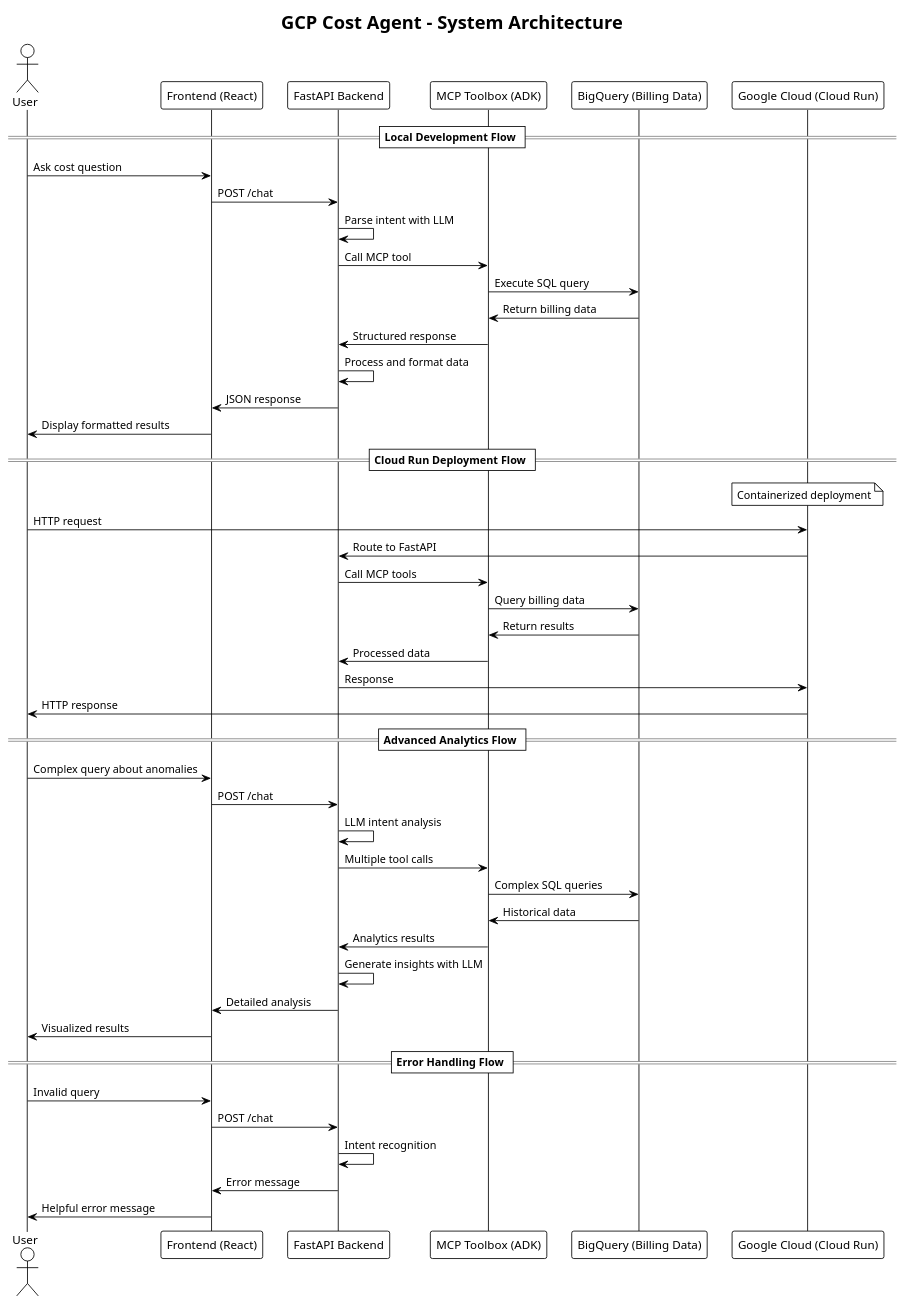
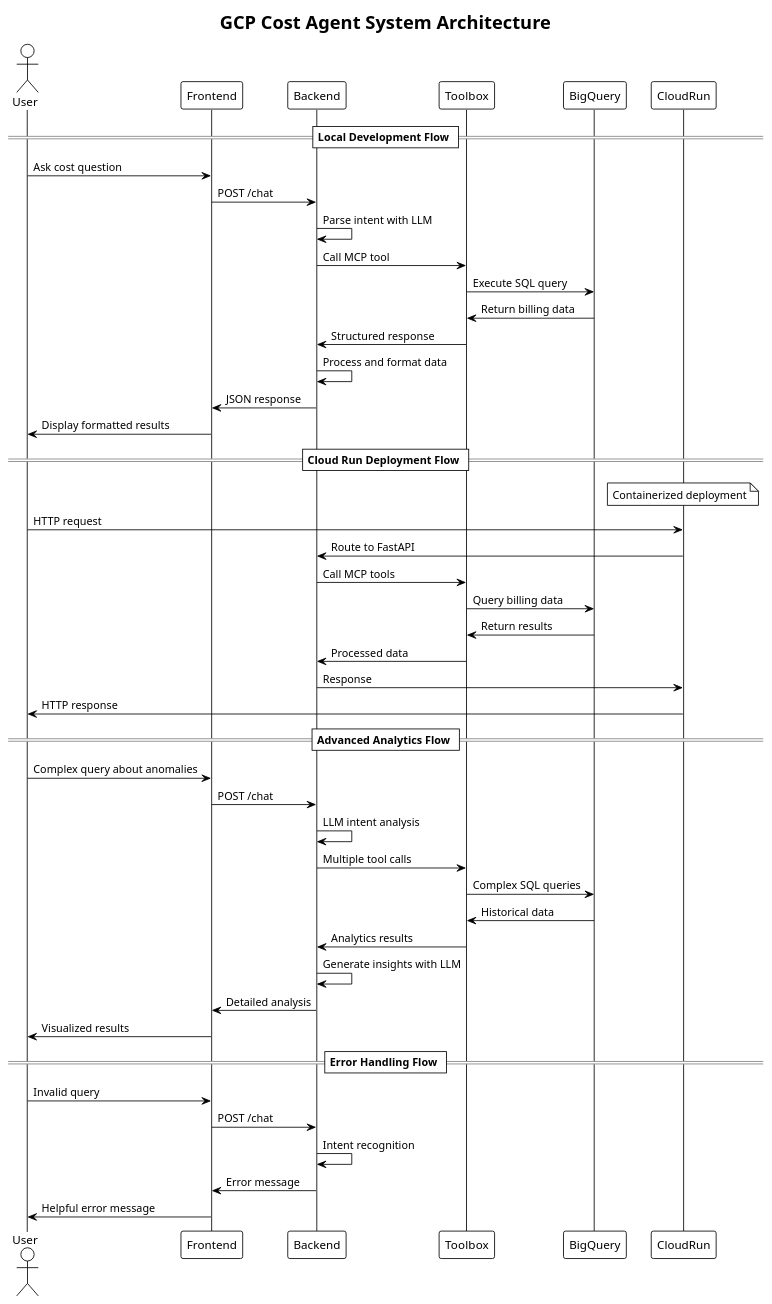
Before and after one commit to kirill-demidov/gcp-cost-agent: the diagram in docs/architecture.puml, drawn with PlantUML.

Commit message:
Fix architecture.puml syntax for online compatibility
- Remove quotes from participant names
- Use simple participant declarations
- Remove special characters that may cause parsing issues
- Ensure compatibility with online PlantUML servers

```diff
--- a/docs/architecture.puml
+++ b/docs/architecture.puml
@@ -1,58 +1,58 @@
 @startuml
 !theme plain
-title GCP Cost Agent - System Architecture
+title GCP Cost Agent System Architecture
 
 actor User
-participant "Frontend (React)" as Frontend
-participant "FastAPI Backend" as Backend
-participant "MCP Toolbox (ADK)" as Toolbox
-participant "BigQuery (Billing Data)" as BigQuery
-participant "Google Cloud (Cloud Run)" as CloudRun
+participant Frontend as Frontend
+participant Backend as Backend
+participant Toolbox as Toolbox
+participant BigQuery as BigQuery
+participant CloudRun as CloudRun
 
 == Local Development Flow ==
 
 User -> Frontend: Ask cost question
 Frontend -> Backend: POST /chat
 Backend -> Backend: Parse intent with LLM
 Backend -> Toolbox: Call MCP tool
 Toolbox -> BigQuery: Execute SQL query
 BigQuery -> Toolbox: Return billing data
 Toolbox -> Backend: Structured response
 Backend -> Backend: Process and format data
 Backend -> Frontend: JSON response
 Frontend -> User: Display formatted results
 
 == Cloud Run Deployment Flow ==
 
 note over CloudRun: Containerized deployment
 User -> CloudRun: HTTP request
 CloudRun -> Backend: Route to FastAPI
 Backend -> Toolbox: Call MCP tools
 Toolbox -> BigQuery: Query billing data
 BigQuery -> Toolbox: Return results
 Toolbox -> Backend: Processed data
 Backend -> CloudRun: Response
 CloudRun -> User: HTTP response
 
 == Advanced Analytics Flow ==
 
 User -> Frontend: Complex query about anomalies
 Frontend -> Backend: POST /chat
 Backend -> Backend: LLM intent analysis
 Backend -> Toolbox: Multiple tool calls
 Toolbox -> BigQuery: Complex SQL queries
 BigQuery -> Toolbox: Historical data
 Toolbox -> Backend: Analytics results
 Backend -> Backend: Generate insights with LLM
 Backend -> Frontend: Detailed analysis
 Frontend -> User: Visualized results
 
 == Error Handling Flow ==
 
 User -> Frontend: Invalid query
 Frontend -> Backend: POST /chat
 Backend -> Backend: Intent recognition
 Backend -> Frontend: Error message
 Frontend -> User: Helpful error message
 
 @enduml
```
